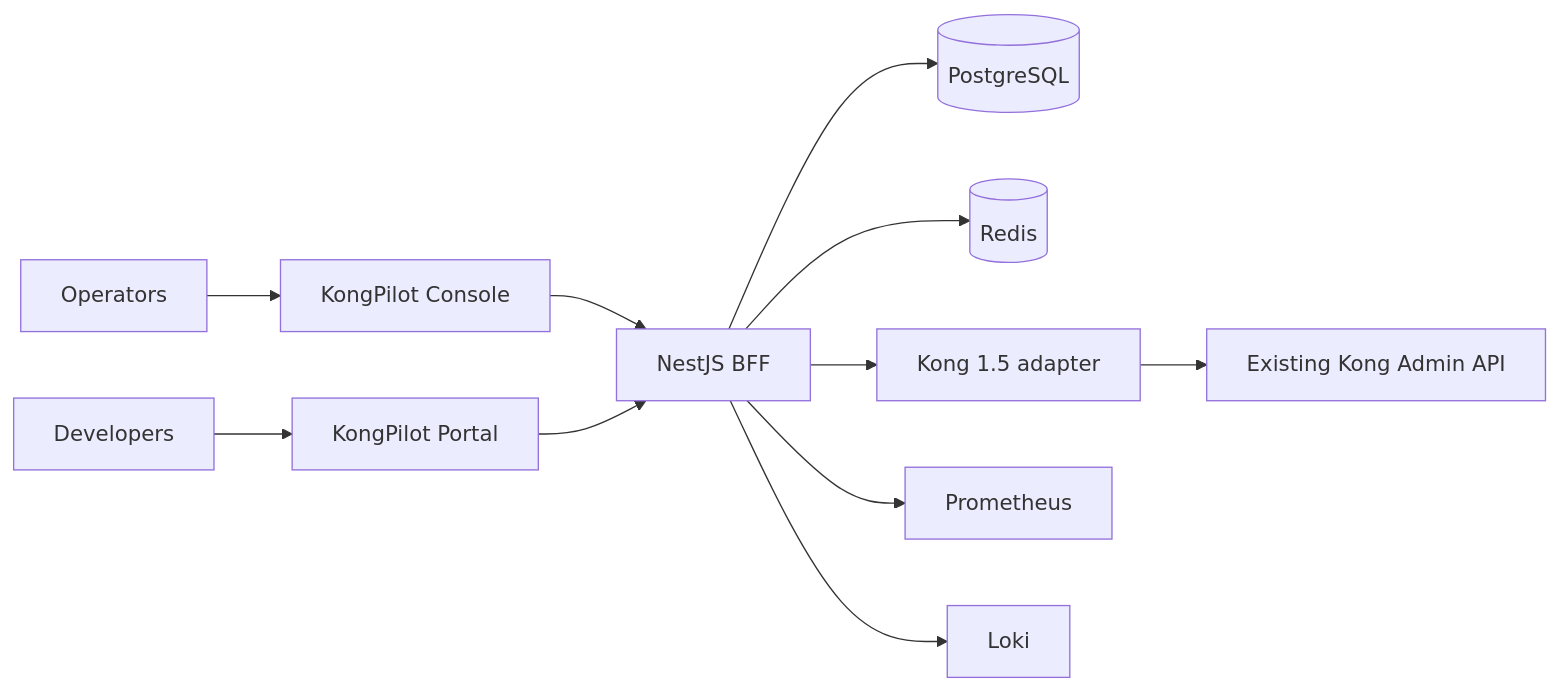
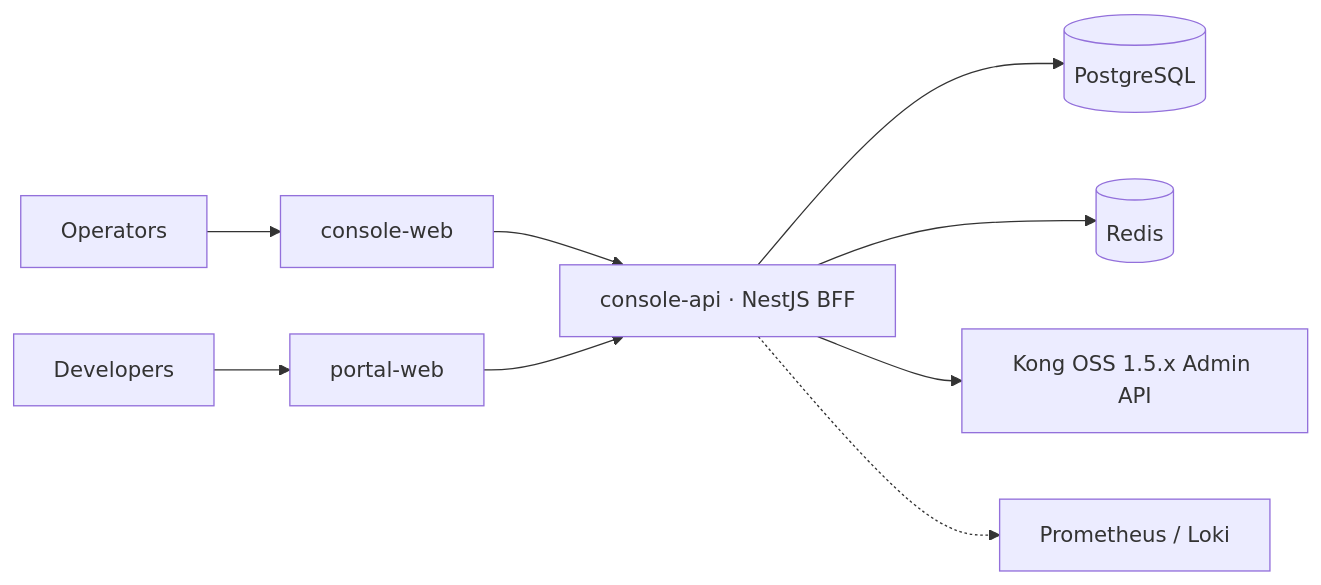
Before and after one commit to sean-y-wang/kongpilot-console: the diagram in README.md, drawn with Mermaid. The commit also changed other lines of this file and 15 other files, not shown here.

````diff
--- a/README.md
+++ b/README.md
@@ -23,13 +39,11 @@
 ```mermaid
 flowchart LR
-  Browser[Operators] --> Web[KongPilot Console]
-  Developer[Developers] --> Portal[KongPilot Portal]
-  Web --> BFF[NestJS BFF]
+  Ops[Operators] --> Web[console-web]
+  Dev[Developers] --> Portal[portal-web]
+  Web --> BFF[console-api · NestJS BFF]
   Portal --> BFF
-  BFF --> DB[(PostgreSQL)]
+  BFF --> PG[(PostgreSQL)]
   BFF --> Redis[(Redis)]
-  BFF --> Adapter[Kong 1.5 adapter]
-  Adapter --> Admin[Existing Kong Admin API]
-  BFF --> Prom[Prometheus]
-  BFF --> Loki[Loki]
+  BFF --> Kong[Kong OSS 1.5.x Admin API]
+  BFF -.-> Obs[Prometheus / Loki]
 ```
````
